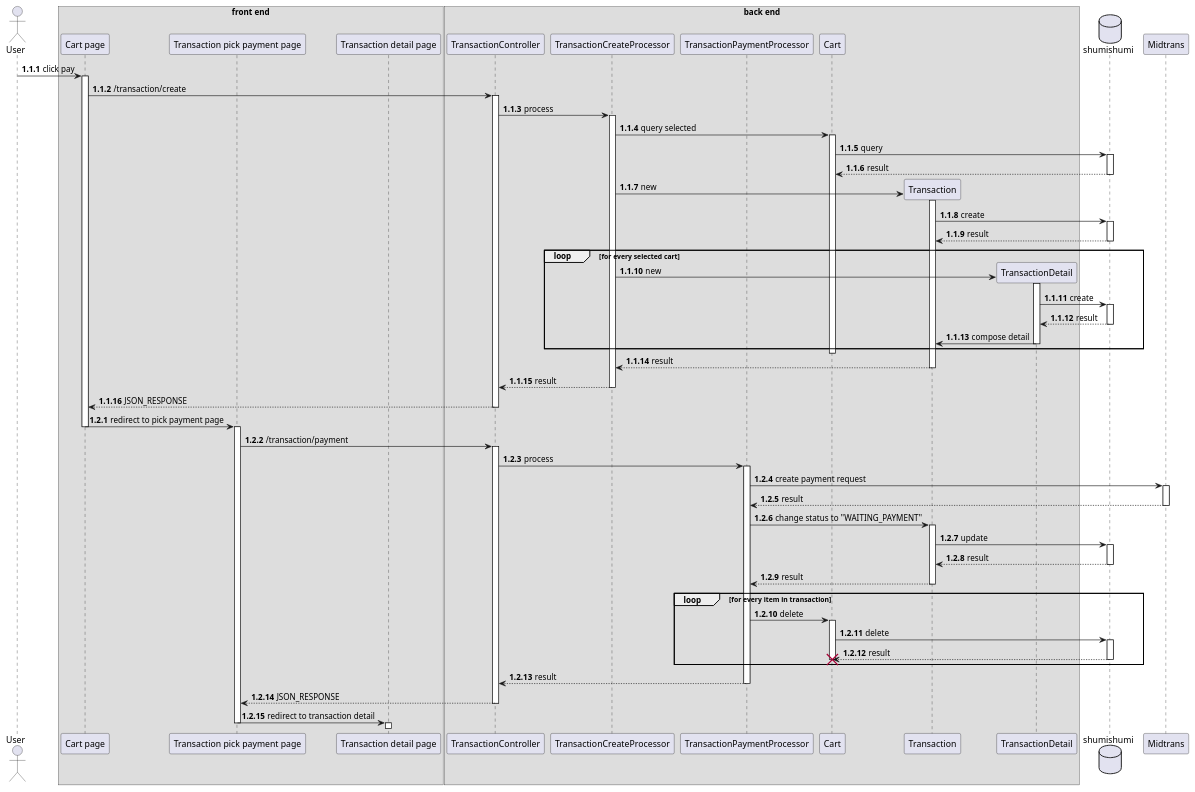
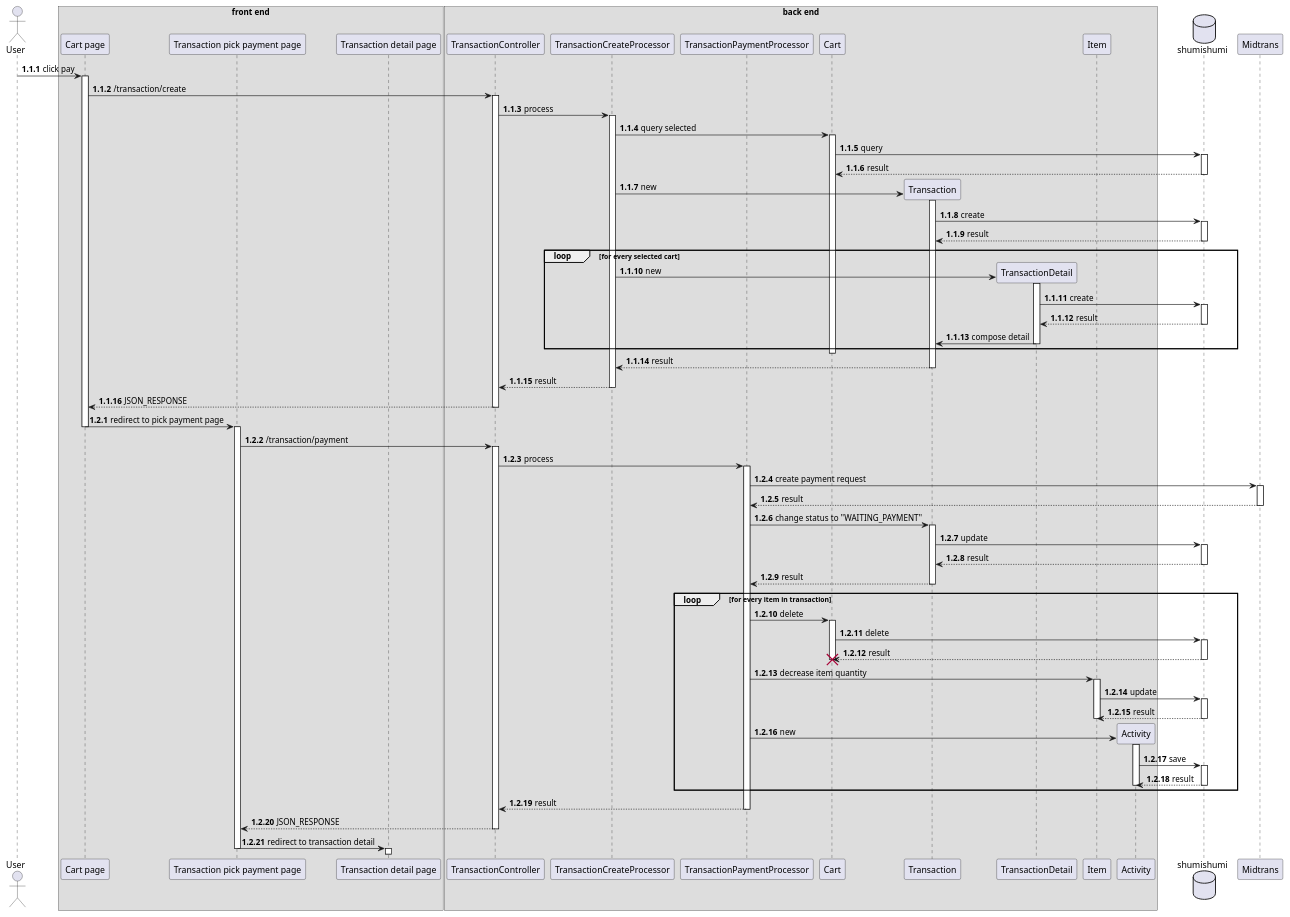
One commit to aldihsuhandi/skripsi-2023 changed the diagram in uml diagram/sequence diagram/transaction/create transaction.pu. Above: the diagram before and after it, drawn with PlantUML. The commit also changed 7 other files, not shown here.

Commit message:
finish uml

```diff
--- a/uml diagram/sequence diagram/transaction/create transaction.pu
+++ b/uml diagram/sequence diagram/transaction/create transaction.pu
@@ -1,81 +1,95 @@
 @startuml create transaction
 autonumber 1.1.1
 
 actor User as u
 
 box "front end"
 participant "Cart page" as cart
 participant "Transaction pick payment page" as trxpay
 participant "Transaction detail page" as trxdetail
 end box
 
 box "back end"
 participant "TransactionController" as trxc
 
 participant "TransactionCreateProcessor" as trxcreate
 participant "TransactionPaymentProcessor" as payproc
 
 participant "Cart" as cm
 participant "Transaction" as trxm
 participant "TransactionDetail" as trxdm
+
+participant "Item" as im
+participant "Activity" as am
 end box
 
 database shumishumi as db
 
 participant Midtrans as mt
 
 u -> cart++ : click pay
 cart -> trxc++ : /transaction/create
 trxc -> trxcreate++ : process
 
 trxcreate -> cm++ : query selected
 cm -> db++ : query
 return result
 
 create trxm
 trxcreate -> trxm++ : new
 trxm -> db++ : create
 return result
 
 loop for every selected cart
     create trxdm
     trxcreate -> trxdm++ : new
     trxdm -> db++ : create
     return result
     trxdm -> trxm --: compose detail
 end
 
 deactivate cm
 
 trxm --> trxcreate --: result
 return result
 return JSON_RESPONSE
 
 autonumber inc b
 cart -> trxpay --++ : redirect to pick payment page
 trxpay -> trxc++ : /transaction/payment
 trxc -> payproc++ : process
 
 payproc -> mt++ : create payment request
 return result
 
 payproc -> trxm++ : change status to "WAITING_PAYMENT"
 trxm -> db++ : update
 return result
 return result
 
 loop for every item in transaction
     payproc -> cm++ : delete
     cm -> db++ : delete
     return result
     deactivate cm
     destroy cm
+
+    payproc -> im++ : decrease item quantity
+    im -> db++ : update
+    return result
+    deactivate im
+
+    create am
+    payproc -> am++ : new
+    am -> db++ : save
+    return result
+    deactivate am
 end
 
 return result
 return JSON_RESPONSE
 
 trxpay -> trxdetail --++ : redirect to transaction detail
 
 
 @enduml
```
